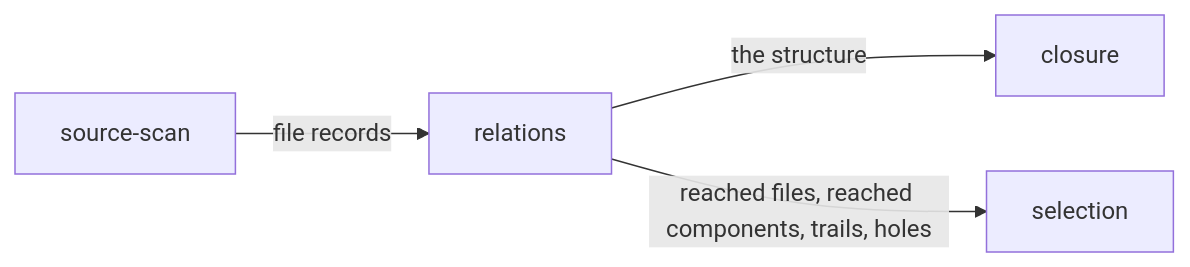
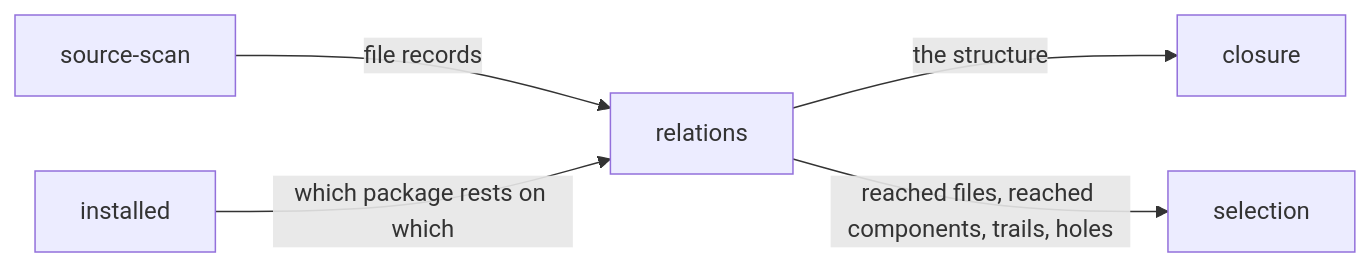
The diagram in .compass/variance-authority/reach/relations/README.md (Variance-Authority/variance-authority), drawn with Mermaid before and after one commit. The commit also changed other lines of this file and 44 other files, not shown here.

````diff
--- a/.compass/variance-authority/reach/relations/README.md
+++ b/.compass/variance-authority/reach/relations/README.md
@@ -68,6 +79,7 @@
 ```mermaid
 flowchart LR
   SCAN[source-scan] -->|file records| REL[relations]
+  INS[installed] -->|which package rests on which| REL
   REL -->|the structure| CLO[closure]
   REL -->|reached files, reached components, trails, holes| SEL[selection]
 ```
````
